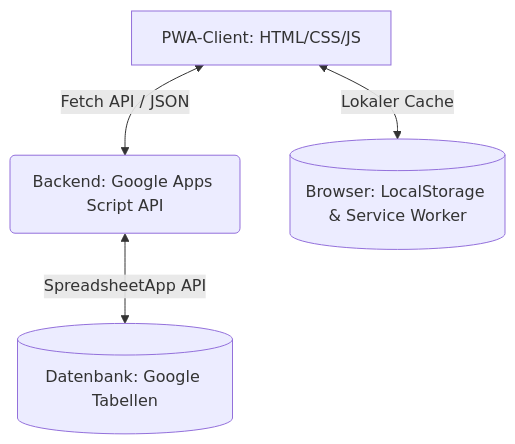
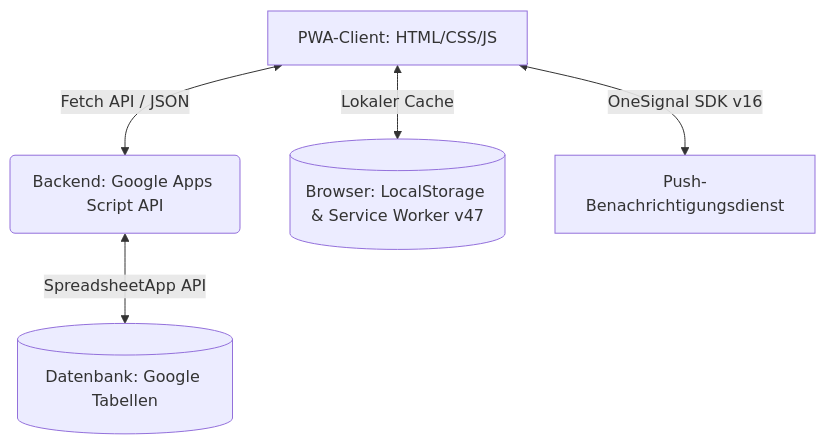
One commit to merkelvit-sys/booking-Add changed the second of 3 diagrams in README.md. Above: the diagram before and after it, drawn with Mermaid. The commit also changed other lines of this file, not shown here.

First line of the commit message:
Enhance README with OneSignal and architecture updates

````diff
--- a/README.md
+++ b/README.md
@@ -73,6 +75,7 @@
 ```mermaid
 graph TD
     A[PWA-Client: HTML/CSS/JS] <-->|Fetch API / JSON| B(Backend: Google Apps Script API)
     B <-->|SpreadsheetApp API| C[(Datenbank: Google Tabellen)]
-    A <-->|Lokaler Cache| D[(Browser: LocalStorage & Service Worker)]
+    A <-->|Lokaler Cache| D[(Browser: LocalStorage & Service Worker v47)]
+    A <-->|OneSignal SDK v16| E[Push-Benachrichtigungsdienst]
 ```
````
